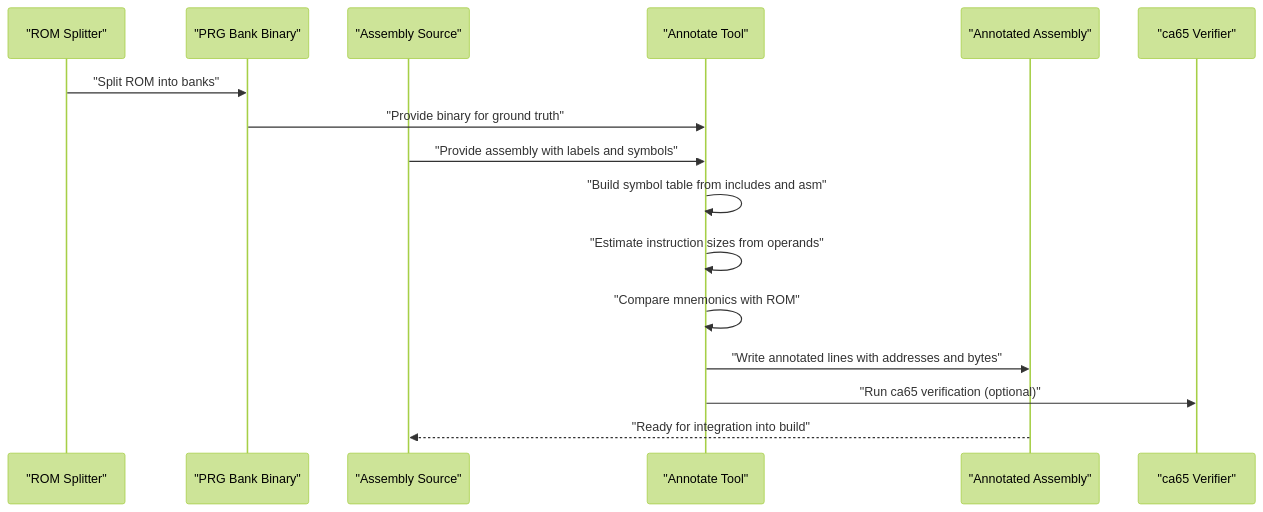
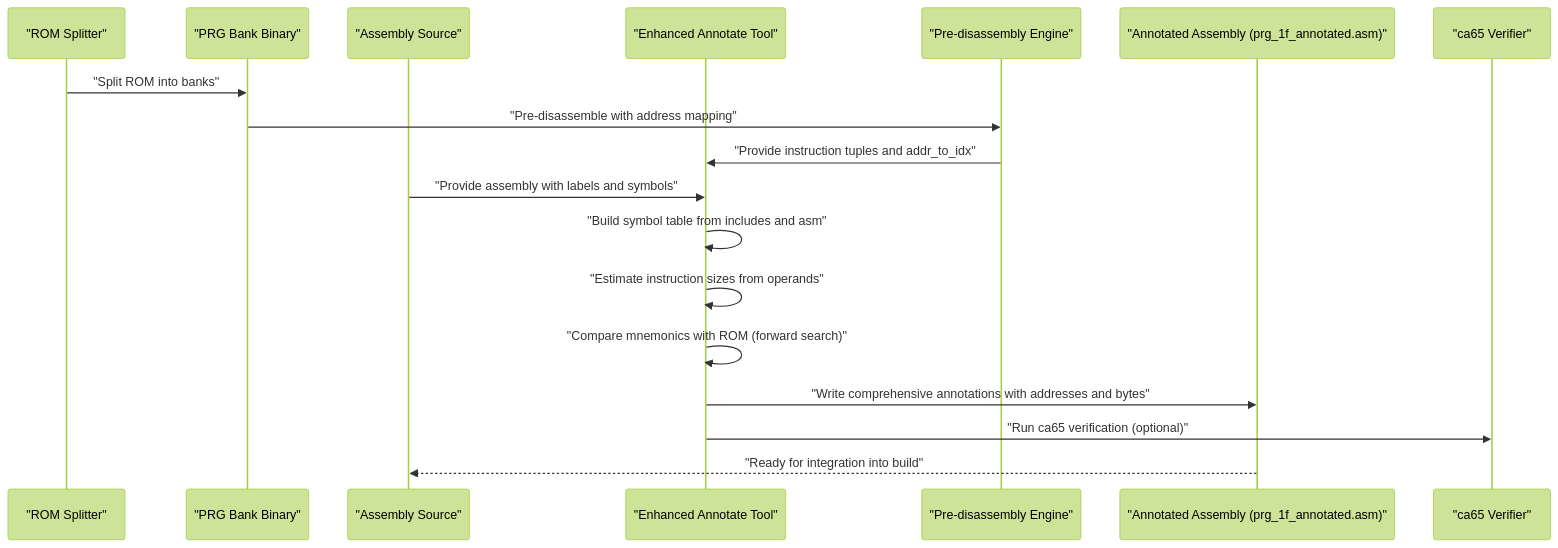
Before and after one commit to rabbyzero/sango2dasm: the second of 5 diagrams in .qoder/repowiki/en/content/Build System and Tools/Code Annotation and Documentation Tools.md, drawn with Mermaid (forest theme). The commit also changed other lines of this file and 5 other files, not shown here.

Commit message:
regenerate prg_1f.asm with full binary code comment.

````diff
--- a/.qoder/repowiki/en/content/Build System and Tools/Code Annotation and Documentation Tools.md
+++ b/.qoder/repowiki/en/content/Build System and Tools/Code Annotation and Documentation Tools.md
@@ -87,18 +96,20 @@
 ```mermaid
 sequenceDiagram
 participant ROM as "ROM Splitter"
 participant BIN as "PRG Bank Binary"
 participant ASM as "Assembly Source"
-participant AN as "Annotate Tool"
-participant OUT as "Annotated Assembly"
+participant AN as "Enhanced Annotate Tool"
+participant PRE as "Pre-disassembly Engine"
+participant OUT as "Annotated Assembly (prg_1f_annotated.asm)"
 participant CA as "ca65 Verifier"
 ROM->>BIN : "Split ROM into banks"
-BIN->>AN : "Provide binary for ground truth"
+BIN->>PRE : "Pre-disassemble with address mapping"
+PRE->>AN : "Provide instruction tuples and addr_to_idx"
 ASM->>AN : "Provide assembly with labels and symbols"
 AN->>AN : "Build symbol table from includes and asm"
 AN->>AN : "Estimate instruction sizes from operands"
-AN->>AN : "Compare mnemonics with ROM"
-AN->>OUT : "Write annotated lines with addresses and bytes"
+AN->>AN : "Compare mnemonics with ROM (forward search)"
+AN->>OUT : "Write comprehensive annotations with addresses and bytes"
 AN->>CA : "Run ca65 verification (optional)"
 OUT-->>ASM : "Ready for integration into build"
 ```
````
